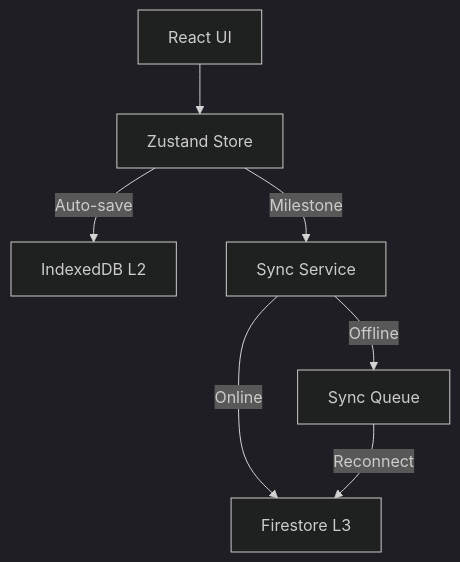
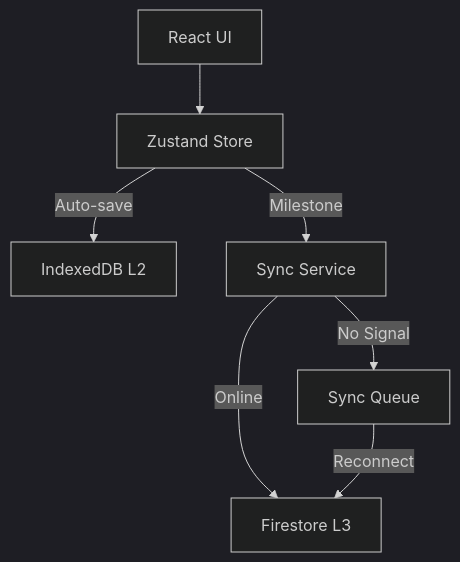
The diagram in README.md (pniraj1/antigravity-surveyos-prime-v2), drawn with Mermaid (dark theme) before and after one commit. The commit also changed other lines of this file and 25 other files, not shown here.

````diff
--- a/README.md
+++ b/README.md
@@ -25,9 +25,9 @@
 ```mermaid
 graph TD
     UI[React UI] --> Z[Zustand Store]
     Z -->|Auto-save| IDB[IndexedDB L2]
     Z -->|Milestone| CS[Sync Service]
     CS -->|Online| FS[Firestore L3]
-    CS -->|Offline| SQ[Sync Queue]
+    CS -->|No Signal| SQ[Sync Queue]
     SQ -->|Reconnect| FS
 ```
````
